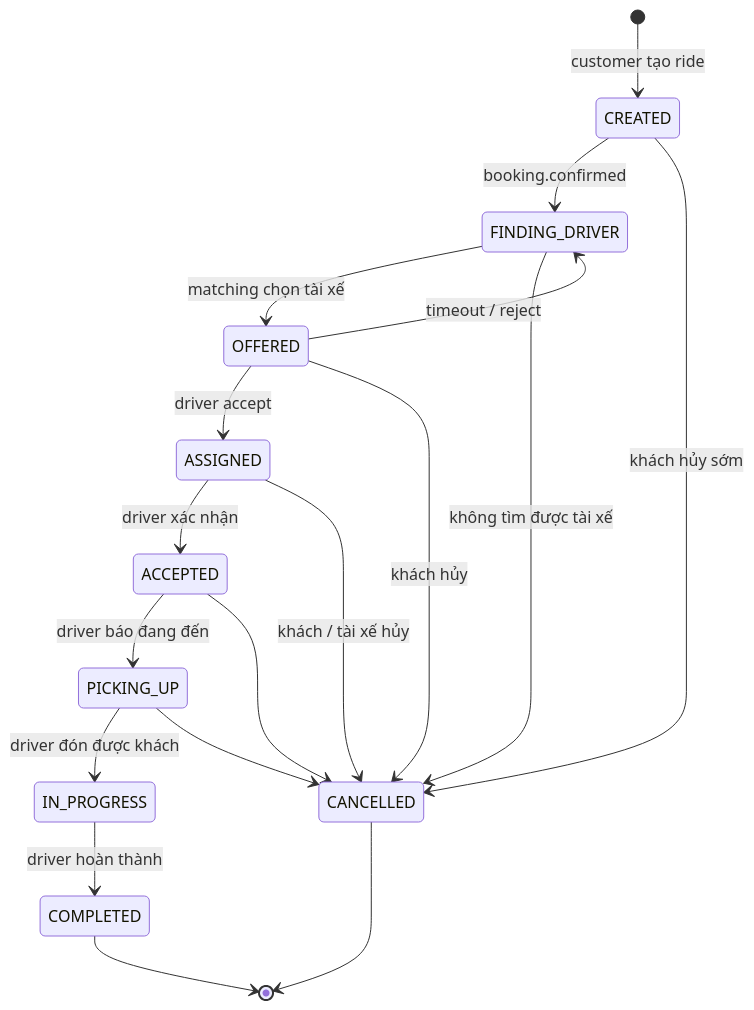
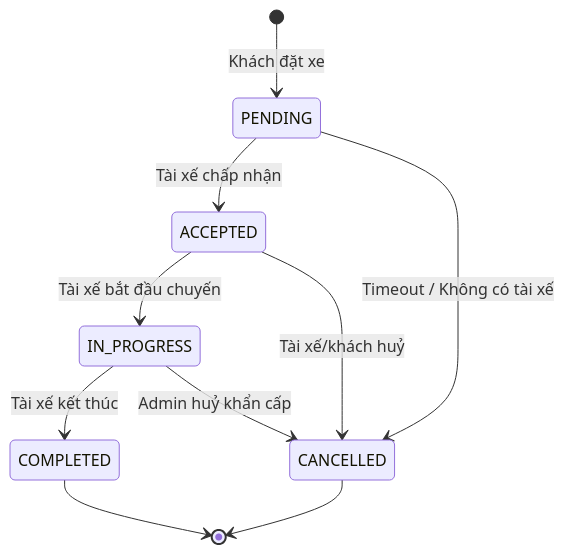
The fourth of 7 diagrams in README.md (foxxiee04/Cab-Booking-System-Project), drawn with Mermaid before and after one commit. The commit also changed other lines of this file and 3 other files, not shown here.

````diff
--- a/README.md
+++ b/README.md
@@ -649,20 +400,15 @@
 ```mermaid
 stateDiagram-v2
-    [*] --> CREATED: customer tạo ride
-    CREATED --> FINDING_DRIVER: booking.confirmed
-    FINDING_DRIVER --> OFFERED: matching chọn tài xế
-    OFFERED --> ASSIGNED: driver accept
-    OFFERED --> FINDING_DRIVER: timeout / reject
-    ASSIGNED --> ACCEPTED: driver xác nhận
-    ACCEPTED --> PICKING_UP: driver báo đang đến
-    PICKING_UP --> IN_PROGRESS: driver đón được khách
-    IN_PROGRESS --> COMPLETED: driver hoàn thành
-    CREATED --> CANCELLED: khách hủy sớm
-    FINDING_DRIVER --> CANCELLED: không tìm được tài xế
-    OFFERED --> CANCELLED: khách hủy
-    ASSIGNED --> CANCELLED: khách / tài xế hủy
-    ACCEPTED --> CANCELLED
-    PICKING_UP --> CANCELLED
+    [*] --> PENDING : Khách đặt xe
+    PENDING --> ACCEPTED : Tài xế chấp nhận
+    PENDING --> CANCELLED : Timeout / Không có tài xế
+
+    ACCEPTED --> IN_PROGRESS : Tài xế bắt đầu chuyến
+    ACCEPTED --> CANCELLED : Tài xế/khách huỷ
+
+    IN_PROGRESS --> COMPLETED : Tài xế kết thúc
+    IN_PROGRESS --> CANCELLED : Admin huỷ khẩn cấp
+
     COMPLETED --> [*]
     CANCELLED --> [*]
 ```
````
